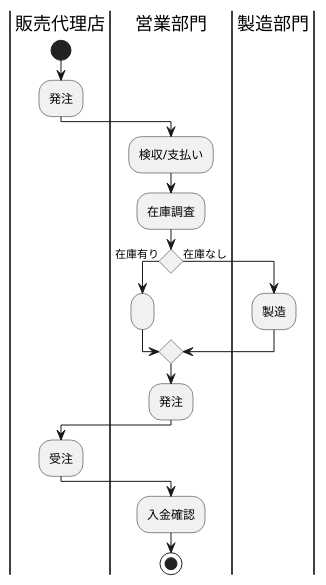
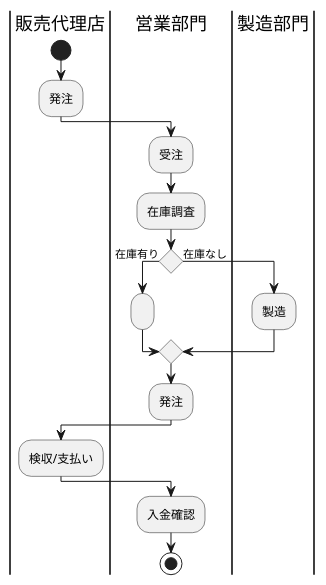
Before and after one commit to kenkensan/uml-introduction: the diagram in 演習7-2_AC_製品を製造するアクティビティ図.pu, drawn with PlantUML. The commit also changed other lines of this file, not shown here.

```diff
--- a/演習7-2_AC_製品を製造するアクティビティ図.pu
+++ b/演習7-2_AC_製品を製造するアクティビティ図.pu
@@ -1,21 +1,21 @@
 @startuml 7-2
 |販売代理店|
 start
 :発注;
 |営業部門|
-:検収/支払い;
+:受注;
 :在庫調査;
 if () then (在庫有り)
 :;
 |製造部門|
 else (在庫なし)
 :製造;
 endif
 |営業部門|
 :発注;
 |販売代理店|
-:受注;
+:検収/支払い;
 |営業部門|
 :入金確認;
 stop
 @enduml
```
